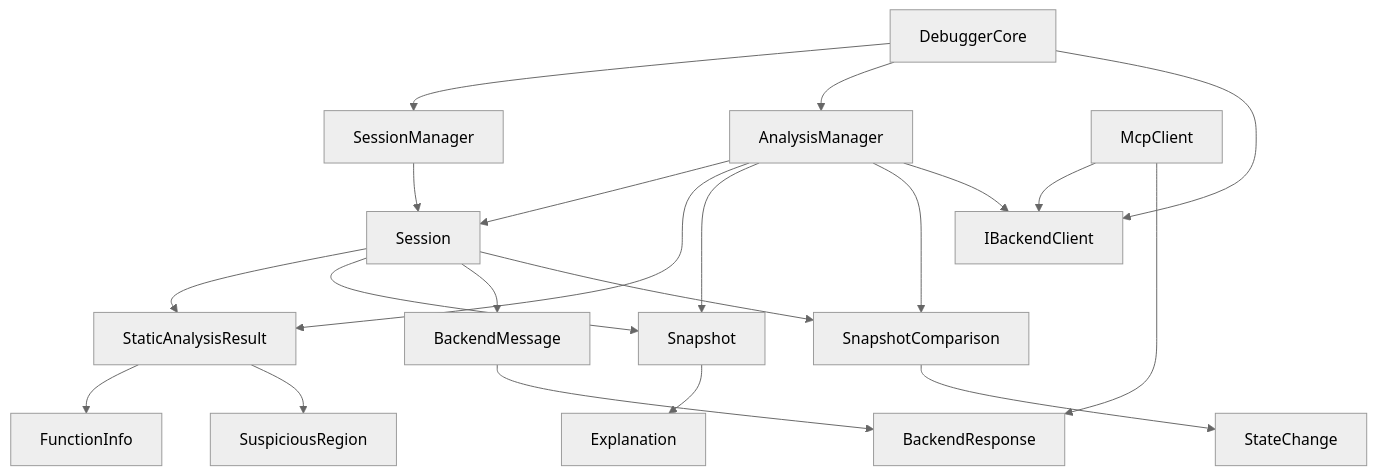
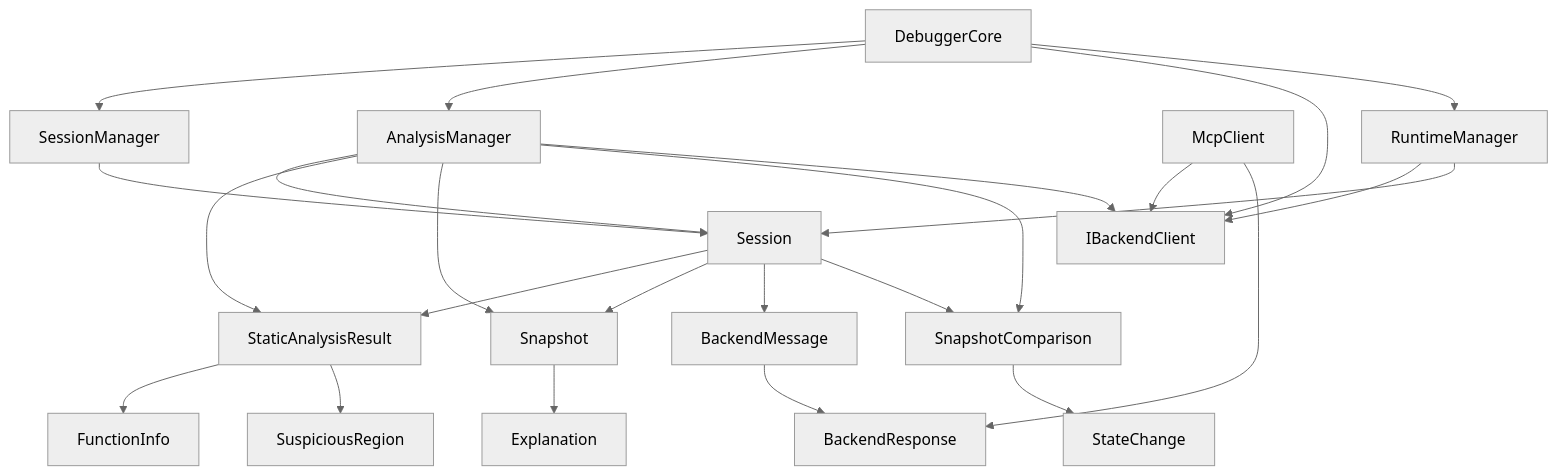
Before and after one commit to Huraharah/guardAIn_Debugger: the diagram in docs/Diagrams/Core/dependencies.md, drawn with Mermaid (neutral theme). The commit also changed 54 other files, not shown here.

Commit message:
template fixing, more diagrams

````diff
--- a/docs/Diagrams/Core/dependencies.md
+++ b/docs/Diagrams/Core/dependencies.md
@@ -1,56 +1,62 @@
 ```mermaid
 graph TD
     DC[DebuggerCore]
     SM[SessionManager]
     AM[AnalysisManager]
     SES[Session]
     SAR[StaticAnalysisResult]
     SNP[Snapshot]
     SCM[SnapshotComparison]
     BR[BackendResponse]
     BM[BackendMessage]
     IBC[IBackendClient]
     MCP[McpClient]
     FI[FunctionInfo]
     SR[SuspiciousRegion]
     EX[Explanation]
     SC[StateChange]
+    RT[RuntimeManager]
 
     %% DebuggerCore dependencies
     DC --> SM
     DC --> AM
     DC --> IBC
+    DC --> RT
 
     %% SessionManager dependencies
     SM --> SES
 
     %% AnalysisManager dependencies
     AM --> SES
     AM --> SAR
     AM --> SNP
     AM --> SCM
     AM --> IBC
+
+    %% RuntimeManager dependencies
+    RT --> IBC
+    RT --> SES
 
     %% Backend client
     MCP --> IBC
     MCP --> BR
 
     %% Session aggregates
     SES --> SAR
     SES --> SNP
     SES --> BM
     SES --> SCM
 
     %% StaticAnalysisResult aggregates
     SAR --> FI
     SAR --> SR
 
     %% Snapshot aggregates
     SNP --> EX
 
     %% SnapshotComparison aggregates
     SCM --> SC
 
     %% BackendMessage depends on BackendResponse conceptually
     BM --> BR
 ```
````
